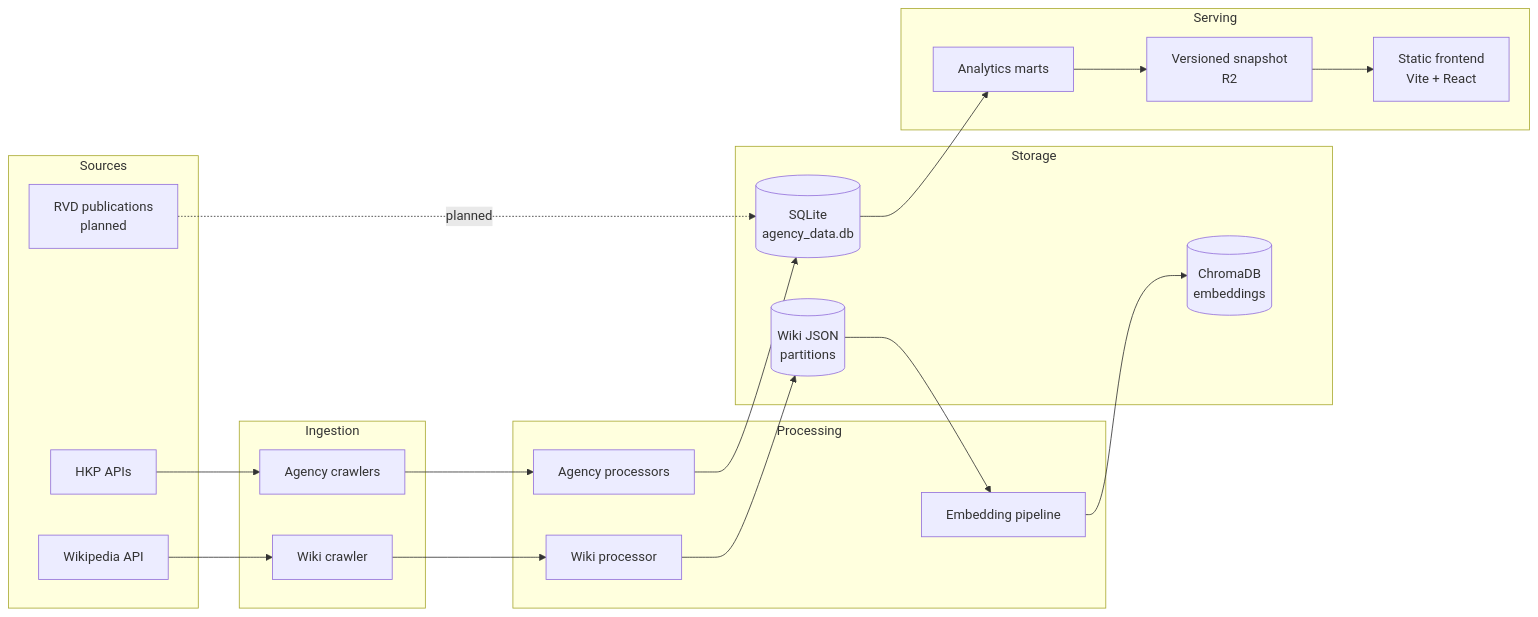
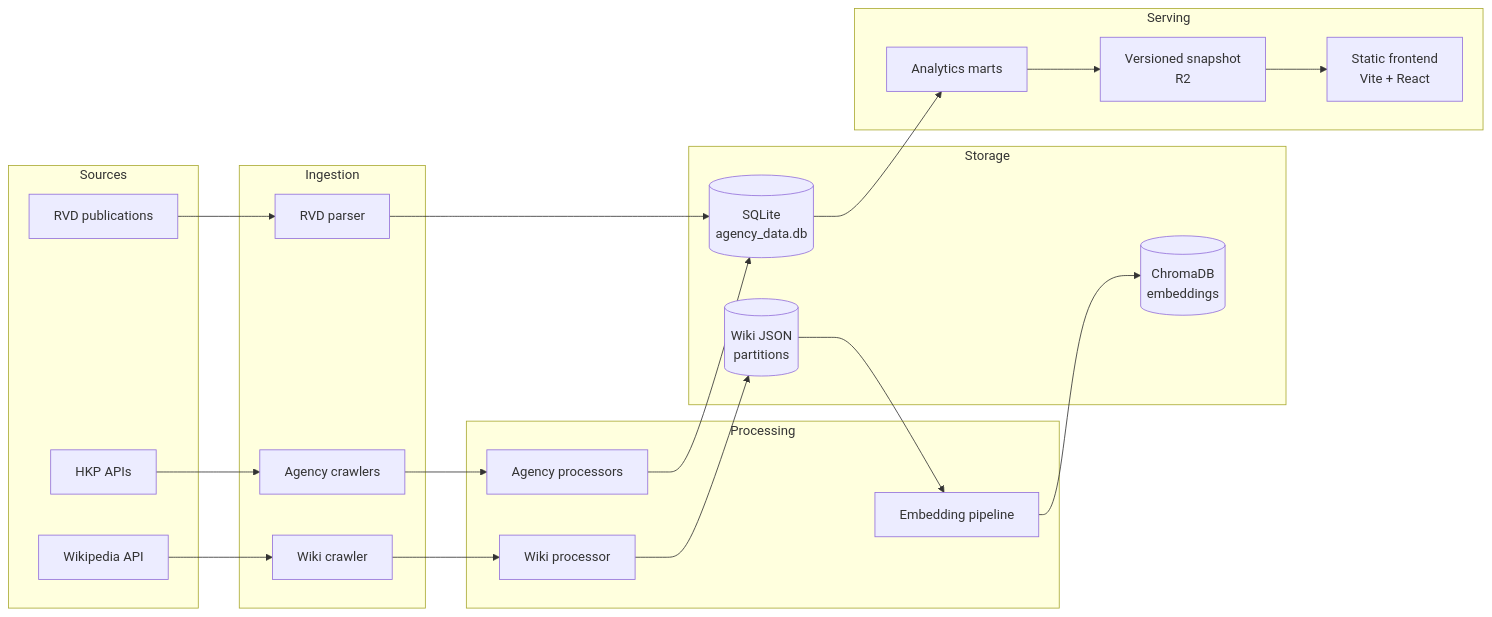
Before and after one commit to monitus2022/HK_Housing_Datahub: the diagram in README.md, drawn with Mermaid. The commit also changed other lines of this file and 6 other files, not shown here.

````diff
--- a/README.md
+++ b/README.md
@@ -35,37 +35,38 @@
 ```mermaid
 flowchart LR
     subgraph Sources
         HKP[HKP APIs]
         WIKI[Wikipedia API]
-        RVD[RVD publications<br/>planned]
+        RVD[RVD publications]
     end
 
     subgraph Ingestion
         AC[Agency crawlers]
         WC[Wiki crawler]
+        RP[RVD parser]
     end
 
     subgraph Processing
         AP[Agency processors]
         WP[Wiki processor]
         EP[Embedding pipeline]
     end
 
     subgraph Storage
         DB[(SQLite<br/>agency_data.db)]
         JSON[(Wiki JSON<br/>partitions)]
         CH[(ChromaDB<br/>embeddings)]
     end
 
     subgraph Serving
         MART[Analytics marts]
         SNAP[Versioned snapshot<br/>R2]
         DASH[Static frontend<br/>Vite + React]
     end
 
     HKP --> AC --> AP --> DB
     WIKI --> WC --> WP --> JSON
     JSON --> EP --> CH
     DB --> MART --> SNAP --> DASH
-    RVD -. planned .-> DB
+    RVD --> RP --> DB
 ```
````
